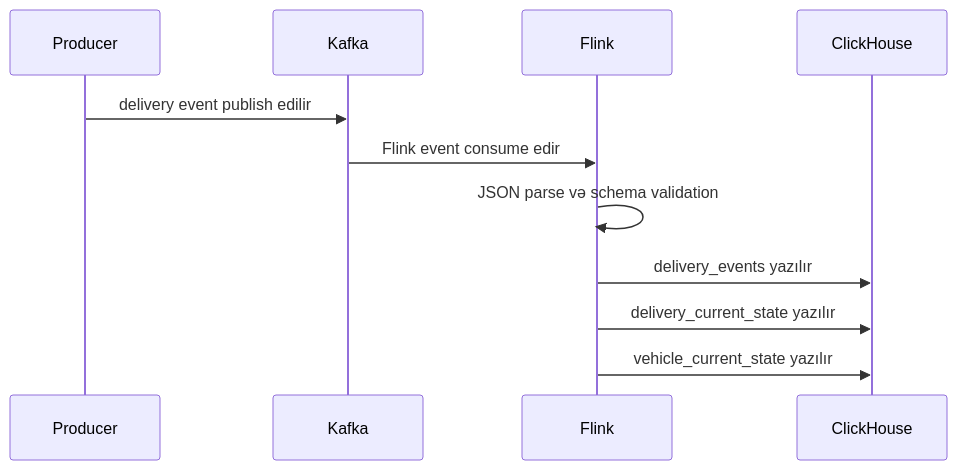
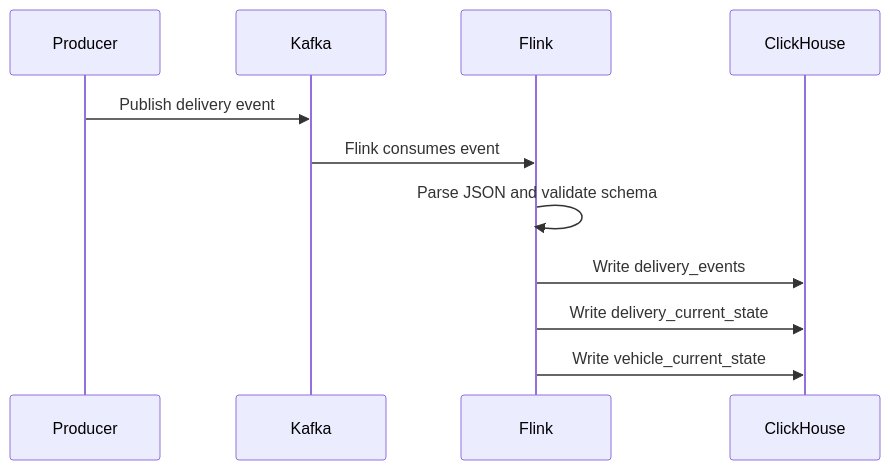
One commit to VugarMammadov87/deliveryflow-project changed the third of 4 diagrams in README.md. Above: the diagram before and after it, drawn with Mermaid. The commit also changed other lines of this file and 37 other files, not shown here.

````diff
--- a/README.md
+++ b/README.md
@@ -409,14 +447,14 @@
 ```mermaid
 sequenceDiagram
     participant P as Producer
     participant K as Kafka
     participant F as Flink
     participant C as ClickHouse
 
-    P->>K: delivery event publish edilir
-    K->>F: Flink event consume edir
-    F->>F: JSON parse və schema validation
-    F->>C: delivery_events yazılır
-    F->>C: delivery_current_state yazılır
-    F->>C: vehicle_current_state yazılır
+    P->>K: Publish delivery event
+    K->>F: Flink consumes event
+    F->>F: Parse JSON and validate schema
+    F->>C: Write delivery_events
+    F->>C: Write delivery_current_state
+    F->>C: Write vehicle_current_state
 ```
````
